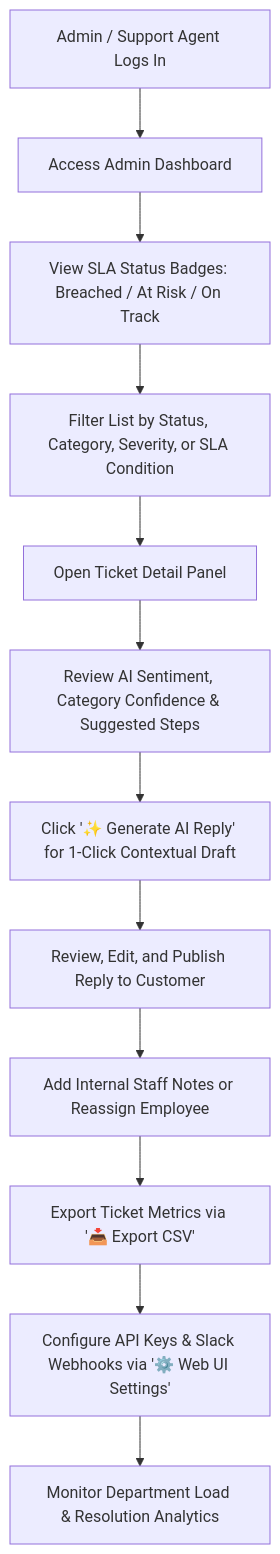
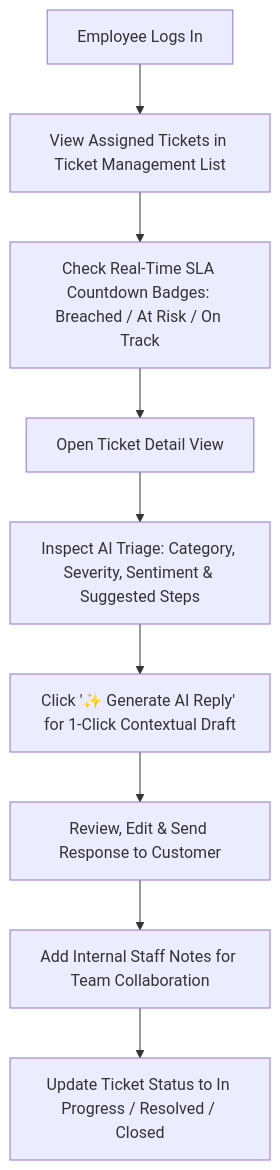
The second of 3 diagrams in README.md (adit-syntax/ResolvAI), drawn with Mermaid before and after one commit. The commit also changed other lines of this file and 1 other file, not shown here.

Commit message:
docs: Add separate Mermaid flowcharts & step-by-step guides for End-User, Support Employee & System Admin personas

````diff
--- a/README.md
+++ b/README.md
@@ -76,14 +76,11 @@
 ```mermaid
 graph TD
-    A1[Admin / Support Agent Logs In] --> B1[Access Admin Dashboard]
-    B1 --> C1[View SLA Status Badges: Breached / At Risk / On Track]
-    C1 --> D1[Filter List by Status, Category, Severity, or SLA Condition]
-    D1 --> E1[Open Ticket Detail Panel]
-    E1 --> F1[Review AI Sentiment, Category Confidence & Suggested Steps]
-    F1 --> G1[Click '✨ Generate AI Reply' for 1-Click Contextual Draft]
-    G1 --> H1[Review, Edit, and Publish Reply to Customer]
-    H1 --> I1[Add Internal Staff Notes or Reassign Employee]
-    I1 --> J1[Export Ticket Metrics via '📥 Export CSV']
-    J1 --> K1[Configure API Keys & Slack Webhooks via '⚙️ Web UI Settings']
-    K1 --> L1[Monitor Department Load & Resolution Analytics]
+    A2[Employee Logs In] --> B2[View Assigned Tickets in Ticket Management List]
+    B2 --> C2[Check Real-Time SLA Countdown Badges: Breached / At Risk / On Track]
+    C2 --> D2[Open Ticket Detail View]
+    D2 --> E2[Inspect AI Triage: Category, Severity, Sentiment & Suggested Steps]
+    E2 --> F2[Click '✨ Generate AI Reply' for 1-Click Contextual Draft]
+    F2 --> G2[Review, Edit & Send Response to Customer]
+    G2 --> H2[Add Internal Staff Notes for Team Collaboration]
+    H2 --> I2[Update Ticket Status to In Progress / Resolved / Closed]
 ```
````
